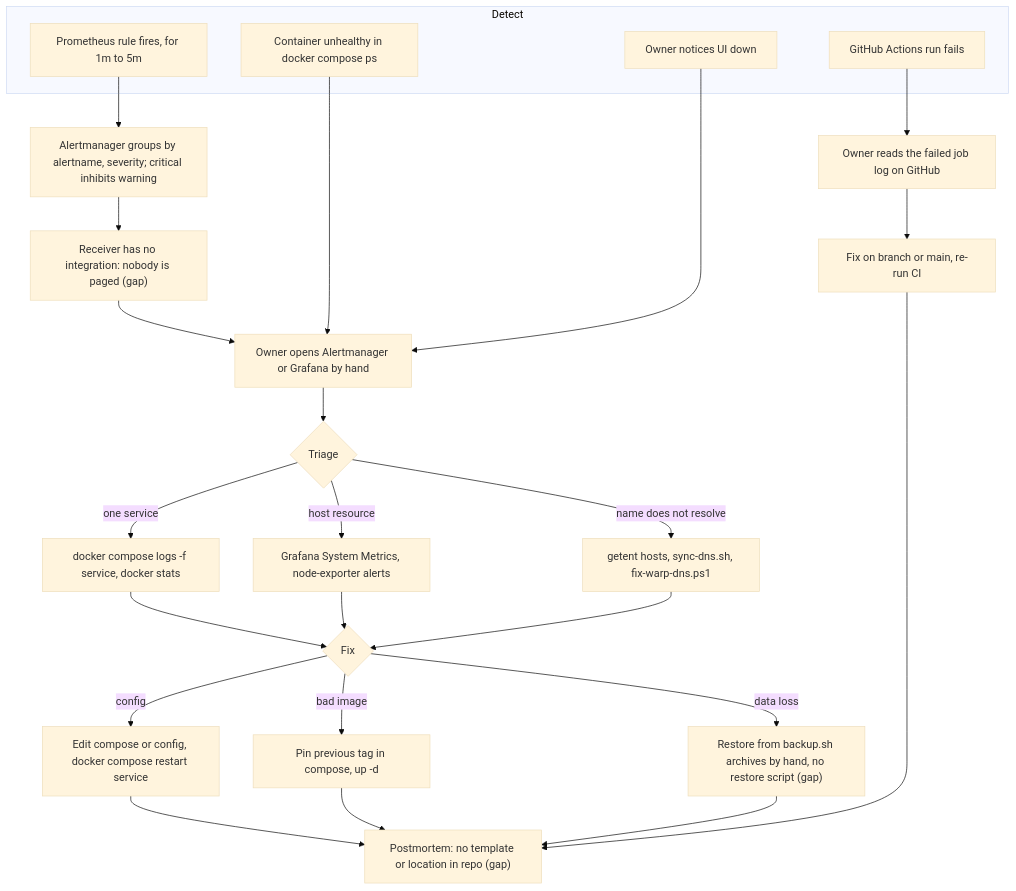
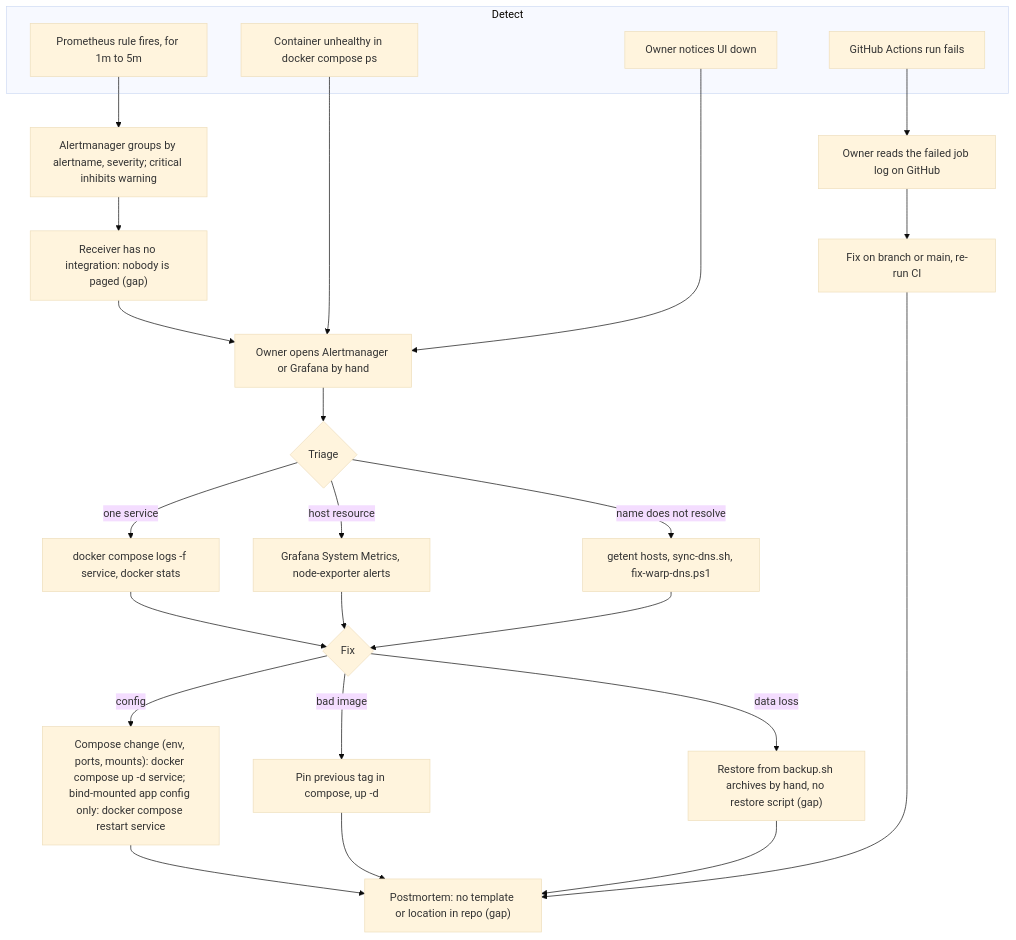
Before and after one commit to bookchaowalit/platform-homelab-infra: the diagram in docs/diagrams/21-incident-response.md, drawn with Mermaid (base theme). The commit also changed 1 other file, not shown here.

Commit message:
docs: correct Core 22 pack per Codex review

````diff
--- a/docs/diagrams/21-incident-response.md
+++ b/docs/diagrams/21-incident-response.md
@@ -5,30 +5,30 @@
 ```mermaid
 flowchart TD
     subgraph detect["Detect"]
         A1["Prometheus rule fires, for 1m to 5m"]
         A2["Container unhealthy in docker compose ps"]
         A3["GitHub Actions run fails"]
         A4["Owner notices UI down"]
     end
     A1 --> AM["Alertmanager groups by alertname, severity; critical inhibits warning"]
     AM --> NO["Receiver has no integration: nobody is paged (gap)"]
     NO --> V["Owner opens Alertmanager or Grafana by hand"]
     A2 --> V
     A4 --> V
     A3 --> GH["Owner reads the failed job log on GitHub"]
     V --> T{"Triage"}
     T -->|"one service"| L1["docker compose logs -f service, docker stats"]
     T -->|"host resource"| L2["Grafana System Metrics, node-exporter alerts"]
     T -->|"name does not resolve"| L3["getent hosts, sync-dns.sh, fix-warp-dns.ps1"]
     L1 --> F{"Fix"}
     L2 --> F
     L3 --> F
     GH --> F2["Fix on branch or main, re-run CI"]
-    F -->|"config"| F3["Edit compose or config, docker compose restart service"]
+    F -->|"config"| F3["Compose change (env, ports, mounts): docker compose up -d service; bind-mounted app config only: docker compose restart service"]
     F -->|"bad image"| F4["Pin previous tag in compose, up -d"]
     F -->|"data loss"| F5["Restore from backup.sh archives by hand, no restore script (gap)"]
     F3 --> PM["Postmortem: no template or location in repo (gap)"]
     F4 --> PM
     F5 --> PM
     F2 --> PM
 ```
````
